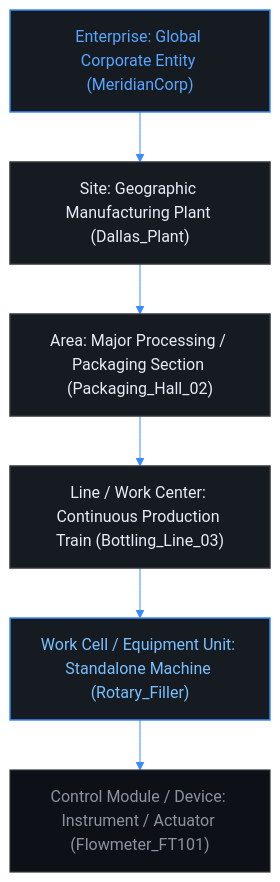
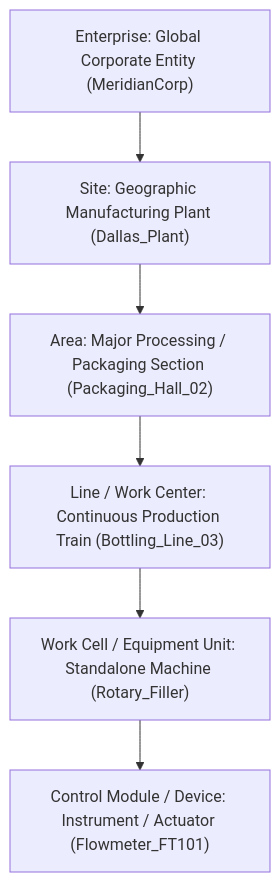
Before and after one commit to Novav20/The-Meridian-Grid: the diagram in docs/00-Domain-Mastery/lessons/08-ISA-95-Object-Models-Taxonomy.md, drawn with Mermaid. The commit also changed 15 other files, not shown here.

Commit message:
Clean up Mermaid lesson diagrams

````diff
--- a/docs/00-Domain-Mastery/lessons/08-ISA-95-Object-Models-Taxonomy.md
+++ b/docs/00-Domain-Mastery/lessons/08-ISA-95-Object-Models-Taxonomy.md
@@ -87,36 +87,16 @@
 ```mermaid
-%%{init: {
-  'theme': 'base',
-  'themeVariables': {
-    'darkMode': true,
-    'primaryColor': '#1E222B',
-    'primaryTextColor': '#E6EDF3',
-    'primaryBorderColor': '#388BFD',
-    'lineColor': '#388BFD',
-    'secondaryColor': '#16191F',
-    'tertiaryColor': '#0D1117',
-    'edgeLabelBackground': '#16191F'
-  },
-  'themeCSS': '.edgeLabel { color: #E6EDF3 !important; } .edgeLabel rect { fill: #16191F !important; } .label { color: #E6EDF3 !important; } .cluster-label span { color: #E6EDF3 !important; }'
-}}%%
 graph TD
-    classDef ent fill:#161b22,stroke:#388bfd,stroke-width:1.5px,color:#58a6ff
-    classDef site fill:#161b22,stroke:#30363d,stroke-width:1.5px,color:#e6edf3
-    classDef area fill:#161b22,stroke:#30363d,stroke-width:1.5px,color:#e6edf3
-    classDef line fill:#161b22,stroke:#30363d,stroke-width:1.5px,color:#e6edf3
-    classDef cell fill:#161b22,stroke:#388bfd,stroke-width:1.5px,color:#79c0ff
-    classDef mod fill:#0d1117,stroke:#30363d,stroke-width:1.2px,color:#8b949e
 
-    E["Enterprise: Global Corporate Entity (MeridianCorp)"]:::ent
-    S["Site: Geographic Manufacturing Plant (Dallas_Plant)"]:::site
-    A["Area: Major Processing / Packaging Section (Packaging_Hall_02)"]:::area
-    L["Line / Work Center: Continuous Production Train (Bottling_Line_03)"]:::line
-    C["Work Cell / Equipment Unit: Standalone Machine (Rotary_Filler)"]:::cell
-    M["Control Module / Device: Instrument / Actuator (Flowmeter_FT101)"]:::mod
+    E["Enterprise: Global Corporate Entity (MeridianCorp)"]
+    S["Site: Geographic Manufacturing Plant (Dallas_Plant)"]
+    A["Area: Major Processing / Packaging Section (Packaging_Hall_02)"]
+    L["Line / Work Center: Continuous Production Train (Bottling_Line_03)"]
+    C["Work Cell / Equipment Unit: Standalone Machine (Rotary_Filler)"]
+    M["Control Module / Device: Instrument / Actuator (Flowmeter_FT101)"]
 
     E --> S
     S --> A
     A --> L
     L --> C
     C --> M
 ```
````
